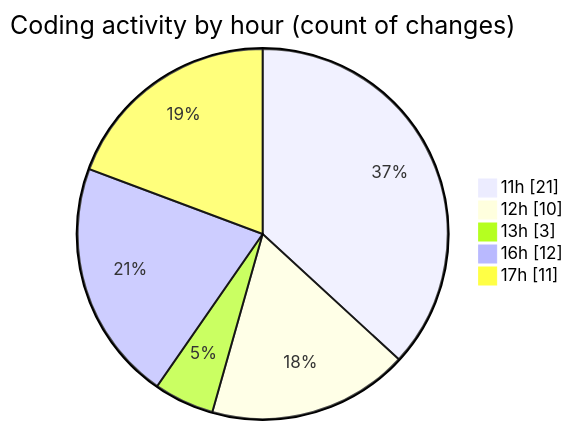
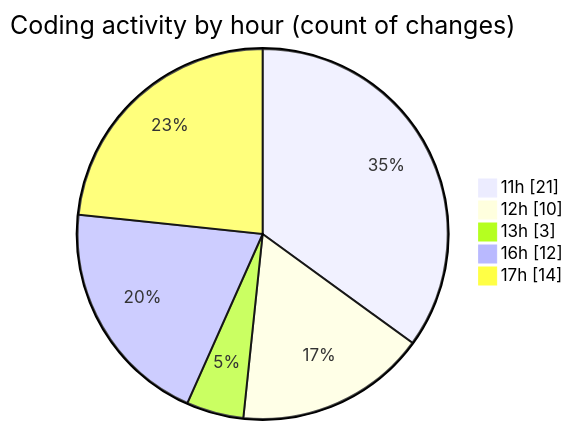
One commit to momahboobian/code-tracking changed the second of 2 diagrams in 2026-01-13/cda/README.md. Above: the diagram before and after it, drawn with Mermaid. The commit also changed other lines of this file and 1 other file, not shown here.

````diff
--- a/2026-01-13/cda/README.md
+++ b/2026-01-13/cda/README.md
@@ -40,9 +41,9 @@
 ```mermaid
 pie showData
 title Coding activity by hour (count of changes)
 "11h" : 21
 "12h" : 10
 "13h" : 3
 "16h" : 12
-"17h" : 11
+"17h" : 14
 ```
````
